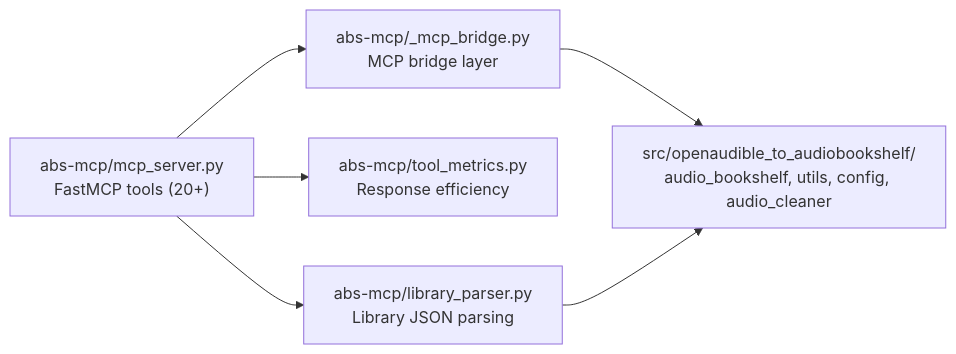
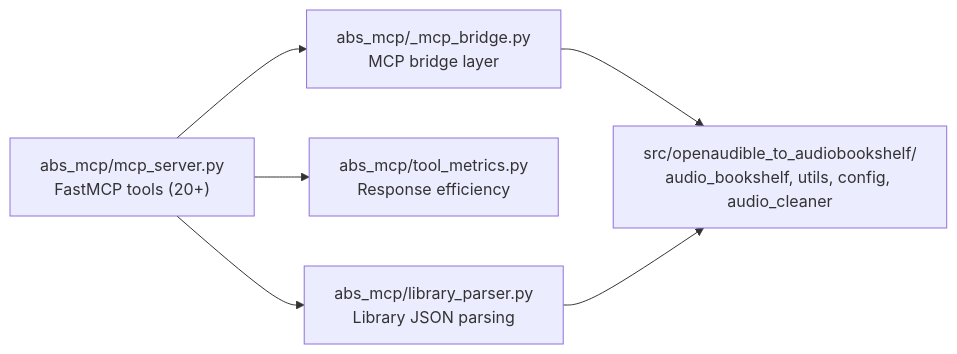
One commit to stratus-ss/OpenAudible-To-AudioBookShelf changed the fourth of 5 diagrams in docs/CODEFLOW.md. Above: the diagram before and after it, drawn with Mermaid. The commit also changed other lines of this file and 21 other files, not shown here.

First line of the commit message:
docs(repo): rename abs-mcp/ → abs_mcp/ (intentional, hyphen breaks), sync docs

````diff
--- a/docs/CODEFLOW.md
+++ b/docs/CODEFLOW.md
@@ -85,14 +87,14 @@
 ```mermaid
 flowchart LR
-    MCP["abs-mcp/mcp_server.py\nFastMCP tools (20+)"]
-    BRIDGE["abs-mcp/_mcp_bridge.py\nMCP bridge layer"]
-    METRICS["abs-mcp/tool_metrics.py\nResponse efficiency"]
-    PAR["abs-mcp/library_parser.py\nLibrary JSON parsing"]
+    MCP["abs_mcp/mcp_server.py\nFastMCP tools (20+)"]
+    BRIDGE["abs_mcp/_mcp_bridge.py\nMCP bridge layer"]
+    METRICS["abs_mcp/tool_metrics.py\nResponse efficiency"]
+    PAR["abs_mcp/library_parser.py\nLibrary JSON parsing"]
     MOD["src/openaudible_to_audiobookshelf/\naudio_bookshelf, utils, config, audio_cleaner"]
     
     MCP --> BRIDGE
     MCP --> METRICS
     MCP --> PAR
     BRIDGE --> MOD
     PAR --> MOD
 ```
````
